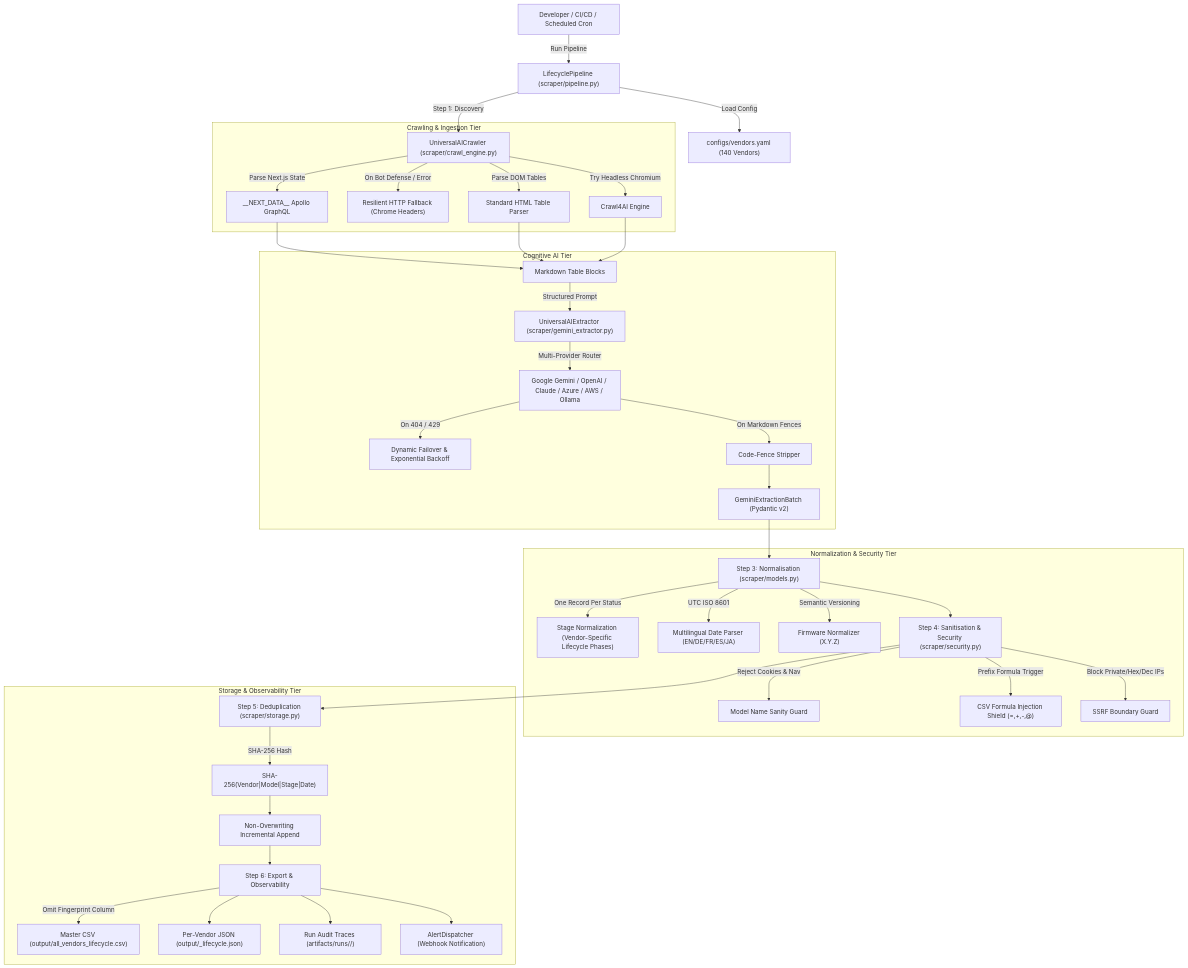
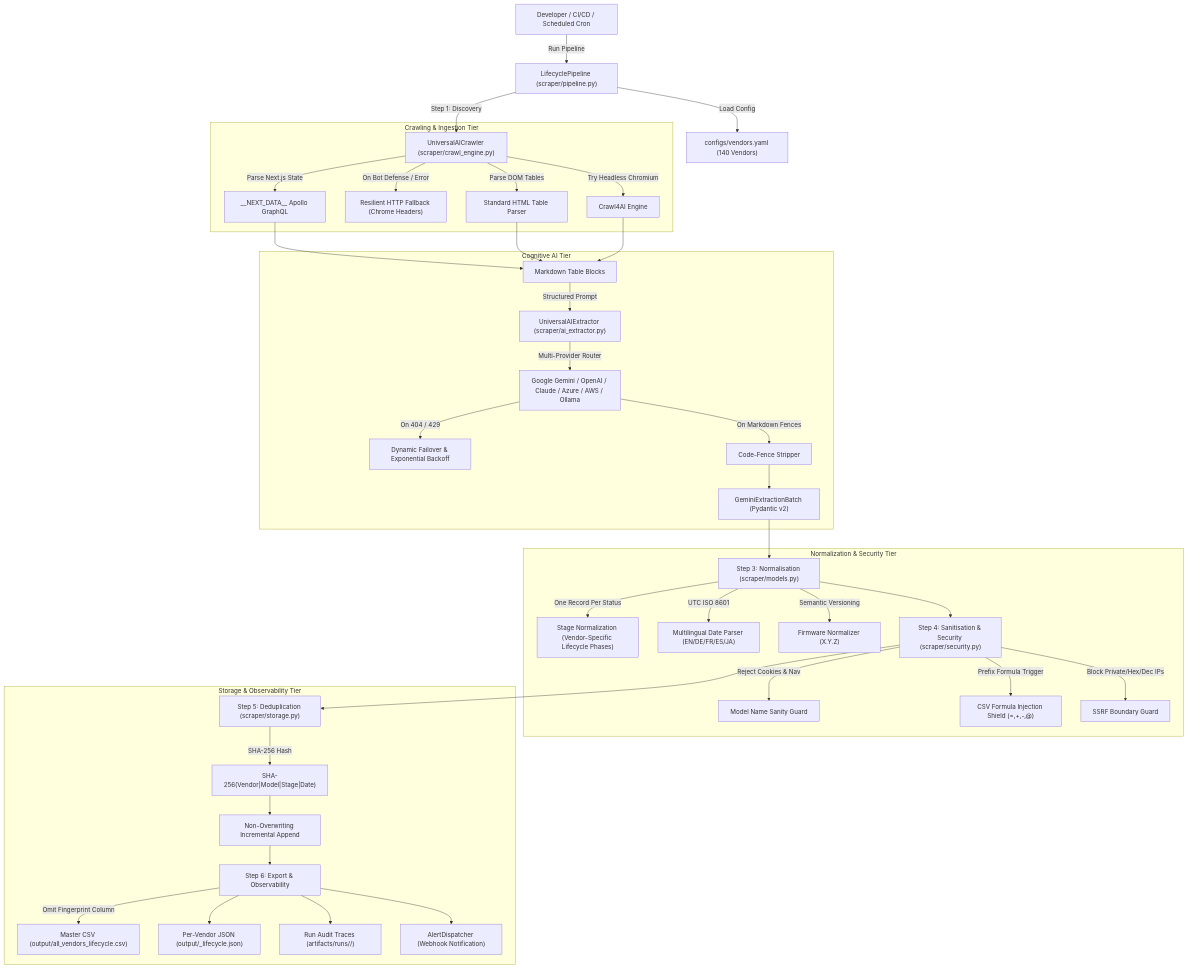
The diagram in docs/ai/AI_HARNESS.md (CHIRAG3899/universal-product-lifecycle-scraper), drawn with Mermaid before and after one commit. The commit also changed other lines of this file and 22 other files, not shown here.

````diff
--- a/docs/ai/AI_HARNESS.md
+++ b/docs/ai/AI_HARNESS.md
@@ -13,46 +13,46 @@
 ```mermaid
 graph TD
     User["Developer / CI/CD / Scheduled Cron"] -->|"Run Pipeline"| Pipeline["LifecyclePipeline (scraper/pipeline.py)"]
     Pipeline -->|"Load Config"| Config["configs/vendors.yaml (140 Vendors)"]
     Pipeline -->|"Step 1: Discovery"| Crawler["UniversalAICrawler (scraper/crawl_engine.py)"]
     
     subgraph T1 ["Crawling & Ingestion Tier"]
         Crawler -->|"Try Headless Chromium"| C4AI["Crawl4AI Engine"]
         Crawler -->|"On Bot Defense / Error"| HTTPFall["Resilient HTTP Fallback (Chrome Headers)"]
         Crawler -->|"Parse Next.js State"| Apollo["__NEXT_DATA__ Apollo GraphQL"]
         Crawler -->|"Parse DOM Tables"| HTMLTable["Standard HTML Table Parser"]
     end
 
     subgraph T2 ["Cognitive AI Tier"]
         Apollo --> ExtractBlock["Markdown Table Blocks"]
         HTMLTable --> ExtractBlock
         C4AI --> ExtractBlock
-        ExtractBlock -->|"Structured Prompt"| Extractor["UniversalAIExtractor (scraper/gemini_extractor.py)"]
+        ExtractBlock -->|"Structured Prompt"| Extractor["UniversalAIExtractor (scraper/ai_extractor.py)"]
         Extractor -->|"Multi-Provider Router"| Providers["Google Gemini / OpenAI / Claude / Azure / AWS / Ollama"]
         Providers -->|"On 404 / 429"| ModelFallback["Dynamic Failover & Exponential Backoff"]
         Providers -->|"On Markdown Fences"| StripFence["Code-Fence Stripper"]
         StripFence --> Batch["GeminiExtractionBatch (Pydantic v2)"]
     end
 
     subgraph T3 ["Normalization & Security Tier"]
         Batch --> Norm["Step 3: Normalisation (scraper/models.py)"]
         Norm -->|"One Record Per Status"| Explode["Stage Normalization (Vendor-Specific Lifecycle Phases)"]
         Norm -->|"UTC ISO 8601"| DateParser["Multilingual Date Parser (EN/DE/FR/ES/JA)"]
         Norm -->|"Semantic Versioning"| FWNorm["Firmware Normalizer (X.Y.Z)"]
         Norm --> Sec["Step 4: Sanitisation & Security (scraper/security.py)"]
         Sec -->|"Reject Cookies & Nav"| Sanity["Model Name Sanity Guard"]
         Sec -->|"Prefix Formula Trigger"| CSVGuard["CSV Formula Injection Shield (=,+,-,@)"]
         Sec -->|"Block Private/Hex/Dec IPs"| SSRF["SSRF Boundary Guard"]
     end
 
     subgraph T4 ["Storage & Observability Tier"]
         Sec --> Dedup["Step 5: Deduplication (scraper/storage.py)"]
         Dedup -->|"SHA-256 Hash"| Fingerprint["SHA-256(Vendor|Model|Stage|Date)"]
         Fingerprint --> Merge["Non-Overwriting Incremental Append"]
         Merge --> Export["Step 6: Export & Observability"]
         Export -->|"Omit Fingerprint Column"| MasterCSV["Master CSV (output/all_vendors_lifecycle.csv)"]
         Export --> PerVendorJSON["Per-Vendor JSON (output/<vendor>_lifecycle.json)"]
         Export --> Artifacts["Run Audit Traces (artifacts/runs/<run_id>/)"]
         Export --> Alert["AlertDispatcher (Webhook Notification)"]
     end
 ```
````
